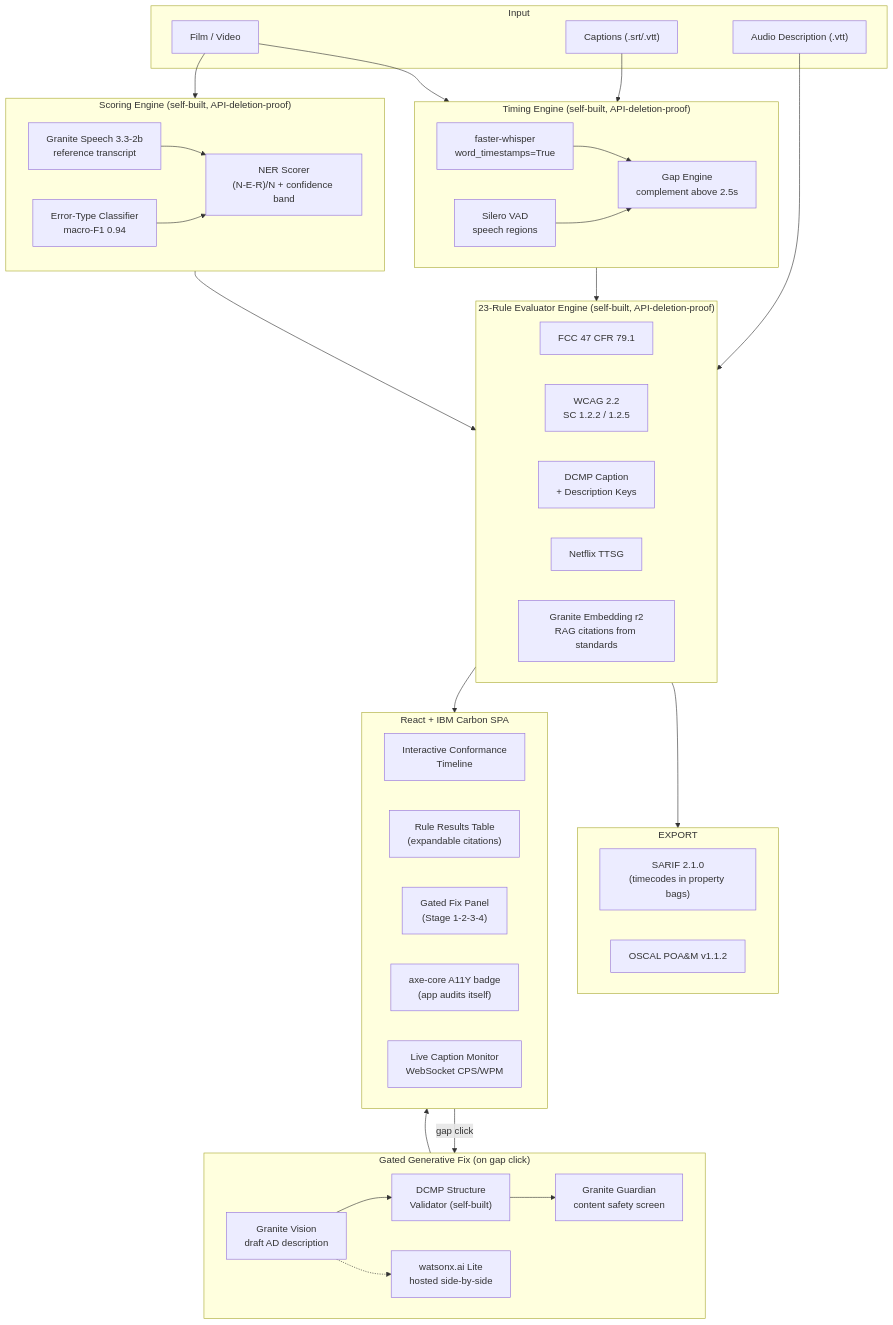
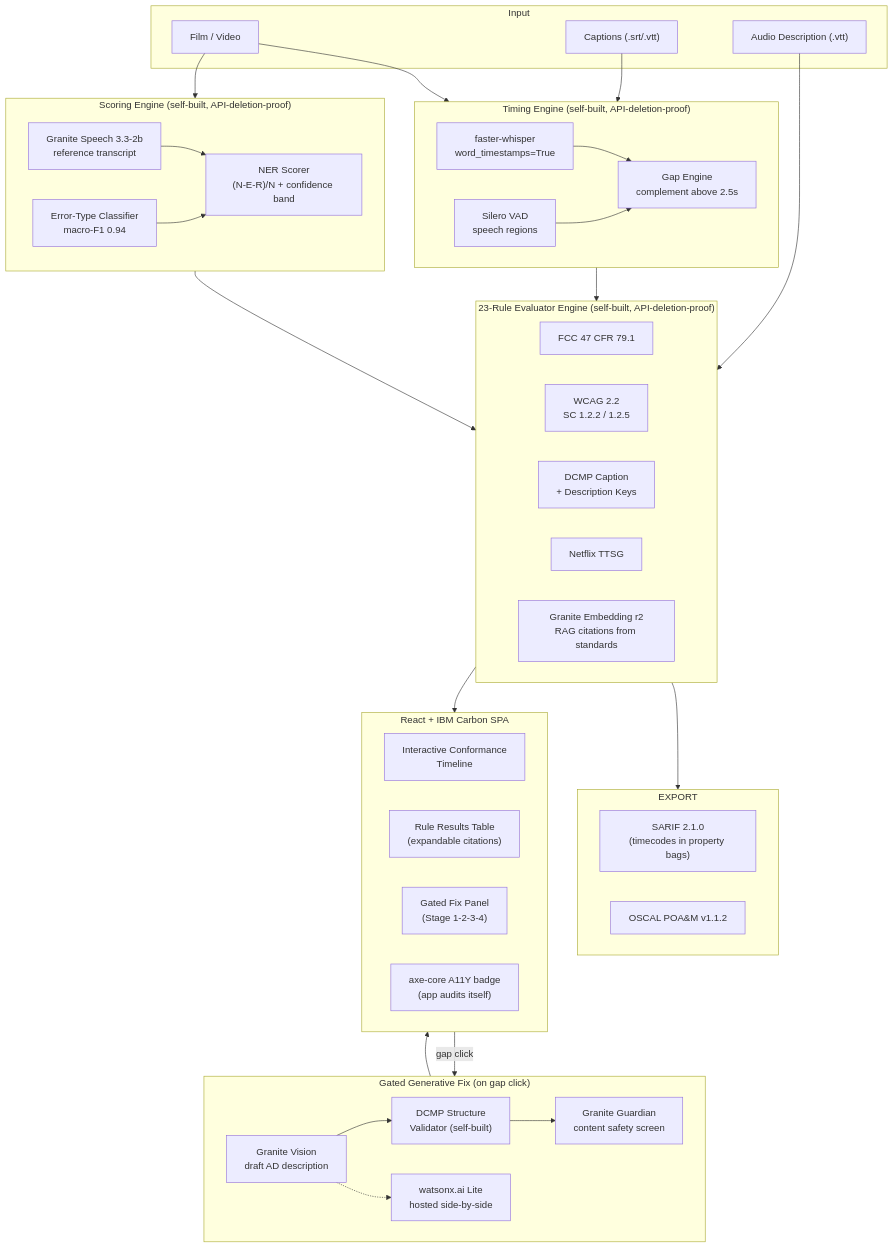
One commit to StephenSook/accessgate changed the diagram in README.md. Above: the diagram before and after it, drawn with Mermaid. The commit also changed other lines of this file and 2 other files, not shown here.

First line of the commit message:
fix(frontend): remove the non-functional live-monitor button (wired-or-cut)

````diff
--- a/README.md
+++ b/README.md
@@ -63,69 +63,68 @@
 ```mermaid
 flowchart TB
     subgraph Input
         F["Film / Video"]
         CAP["Captions (.srt/.vtt)"]
         AD["Audio Description (.vtt)"]
     end
 
     subgraph TIMING["Timing Engine (self-built, API-deletion-proof)"]
         direction LR
         FW["faster-whisper\nword_timestamps=True"]
         VAD["Silero VAD\nspeech regions"]
         GAP["Gap Engine\ncomplement above 2.5s"]
         FW --> GAP
         VAD --> GAP
     end
 
     subgraph SCORE["Scoring Engine (self-built, API-deletion-proof)"]
         direction LR
         GS["Granite Speech 3.3-2b\nreference transcript"]
         NER["NER Scorer\n(N-E-R)/N + confidence band"]
         CLS["Error-Type Classifier\nmacro-F1 0.94"]
         GS --> NER
         CLS --> NER
     end
 
     subgraph RULES["23-Rule Evaluator Engine (self-built, API-deletion-proof)"]
         direction LR
         FCC["FCC 47 CFR 79.1"]
         WCAG["WCAG 2.2\nSC 1.2.2 / 1.2.5"]
         DCMP["DCMP Caption\n+ Description Keys"]
         NFLX["Netflix TTSG"]
         RAG["Granite Embedding r2\nRAG citations from standards"]
     end
 
     subgraph EXPORT
         SARIF["SARIF 2.1.0\n(timecodes in property bags)"]
         OSCAL["OSCAL POA&M v1.1.2"]
     end
 
     subgraph GENFIX["Gated Generative Fix (on gap click)"]
         direction LR
         GV["Granite Vision\ndraft AD description"]
         DCMPV["DCMP Structure\nValidator (self-built)"]
         GG["Granite Guardian\ncontent safety screen"]
         WX["watsonx.ai Lite\nhosted side-by-side"]
         GV --> DCMPV --> GG
         GV -.-> WX
     end
 
     subgraph UI["React + IBM Carbon SPA"]
         TL["Interactive Conformance\nTimeline"]
         TBL["Rule Results Table\n(expandable citations)"]
         PANEL["Gated Fix Panel\n(Stage 1-2-3-4)"]
         AXE["axe-core A11Y badge\n(app audits itself)"]
-        LIVE["Live Caption Monitor\nWebSocket CPS/WPM"]
     end
 
     F --> TIMING
     CAP --> TIMING
     F --> SCORE
     TIMING --> RULES
     SCORE --> RULES
     AD --> RULES
     RULES --> EXPORT
     RULES --> UI
     UI -->|gap click| GENFIX
     GENFIX --> UI
 ```
````
